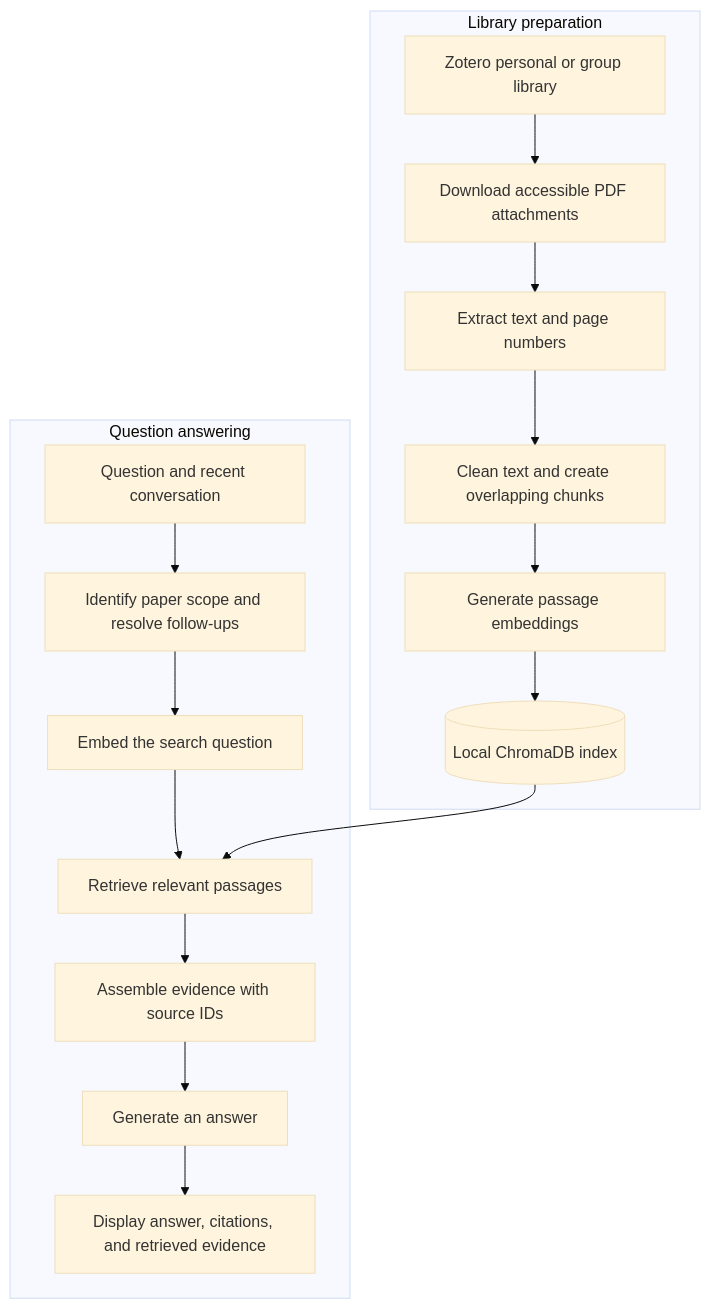
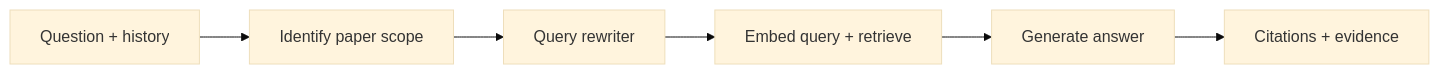
The second of 2 diagrams in README.md (ngfackler/Zotero-RAG), drawn with Mermaid (base theme) before and after one commit. The commit also changed other lines of this file, not shown here.

````diff
--- a/README.md
+++ b/README.md
@@ -13,19 +25,8 @@
 ```mermaid
-flowchart TD
-    subgraph Preparation[Library preparation]
-        A[Zotero personal or group library] --> B[Download accessible PDF attachments]
-        B --> C[Extract text and page numbers]
-        C --> D[Clean text and create overlapping chunks]
-        D --> E[Generate passage embeddings]
-        E --> F[(Local ChromaDB index)]
-    end
-    subgraph Conversation[Question answering]
-        G[Question and recent conversation] --> H[Identify paper scope and resolve follow-ups]
-        H --> I[Embed the search question]
-        I --> J[Retrieve relevant passages]
-        F --> J
-        J --> K[Assemble evidence with source IDs]
-        K --> L[Generate an answer]
-        L --> M[Display answer, citations, and retrieved evidence]
-    end
+flowchart LR
+    A[Question + history] --> B[Identify paper scope]
+    B --> C[Query rewriter]
+    C --> D[Embed query + retrieve]
+    D --> E[Generate answer]
+    E --> F[Citations + evidence]
 ```
````
